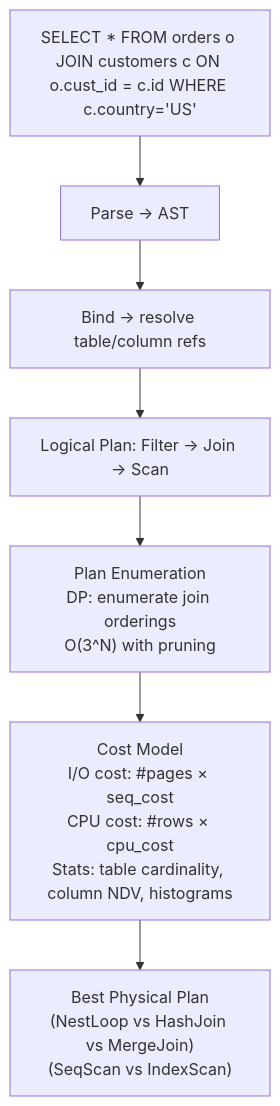
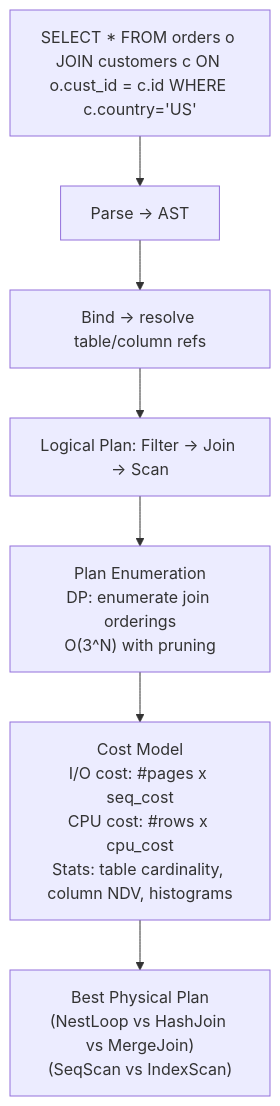
One commit to choisimo/document changed diagram 23 of 29 in docs/books/cs-reference/miscellaneous-cs.md. Above: the diagram before and after it, drawn with Mermaid. The commit also changed other lines of this file and 4514 other files, not shown here.

Commit message:
- sequenceDiagram` 내 `;`로 끊기던 메시지/노트 문장 정리 - `stateDiagram` 라벨 내부 추가 `:`/`::` 구문 정리 - `flowchart`에서 줄 끝 `-->` 끊김 체인 정리 - `block-betting` 오타를 `block-beta`로 수정 - 엄격 파서에서 깨지던 수식/특수문자 라벨 일부 ASCII 정규화

````diff
--- a/docs/books/cs-reference/miscellaneous-cs.md
+++ b/docs/books/cs-reference/miscellaneous-cs.md
@@ -425,10 +421,9 @@
 ```mermaid
 flowchart TD
-    SQL["SELECT * FROM orders o JOIN customers c ON o.cust_id = c.id WHERE c.country='US'"] -->
-    Parse["Parse → AST"] -->
-    Bind["Bind → resolve table/column refs"] -->
-    Transform["Logical Plan: Filter → Join → Scan"] -->
-    Enumerate["Plan Enumeration\nDP: enumerate join orderings\nO(3^N) with pruning"] -->
-    CostModel["Cost Model\nI/O cost: #pages × seq_cost\nCPU cost: #rows × cpu_cost\nStats: table cardinality, column NDV, histograms"] -->
-    BestPlan["Best Physical Plan\n(NestLoop vs HashJoin vs MergeJoin)\n(SeqScan vs IndexScan)"]
+    SQL["SELECT * FROM orders o JOIN customers c ON o.cust_id = c.id WHERE c.country='US'"] --> Parse["Parse -> AST"]
+    Parse --> Bind["Bind -> resolve table/column refs"]
+    Bind --> Transform["Logical Plan: Filter -> Join -> Scan"]
+    Transform --> Enumerate["Plan Enumeration\nDP: enumerate join orderings\nO(3^N) with pruning"]
+    Enumerate --> CostModel["Cost Model\nI/O cost: #pages x seq_cost\nCPU cost: #rows x cpu_cost\nStats: table cardinality, column NDV, histograms"]
+    CostModel --> BestPlan["Best Physical Plan\n(NestLoop vs HashJoin vs MergeJoin)\n(SeqScan vs IndexScan)"]
 ```
````
